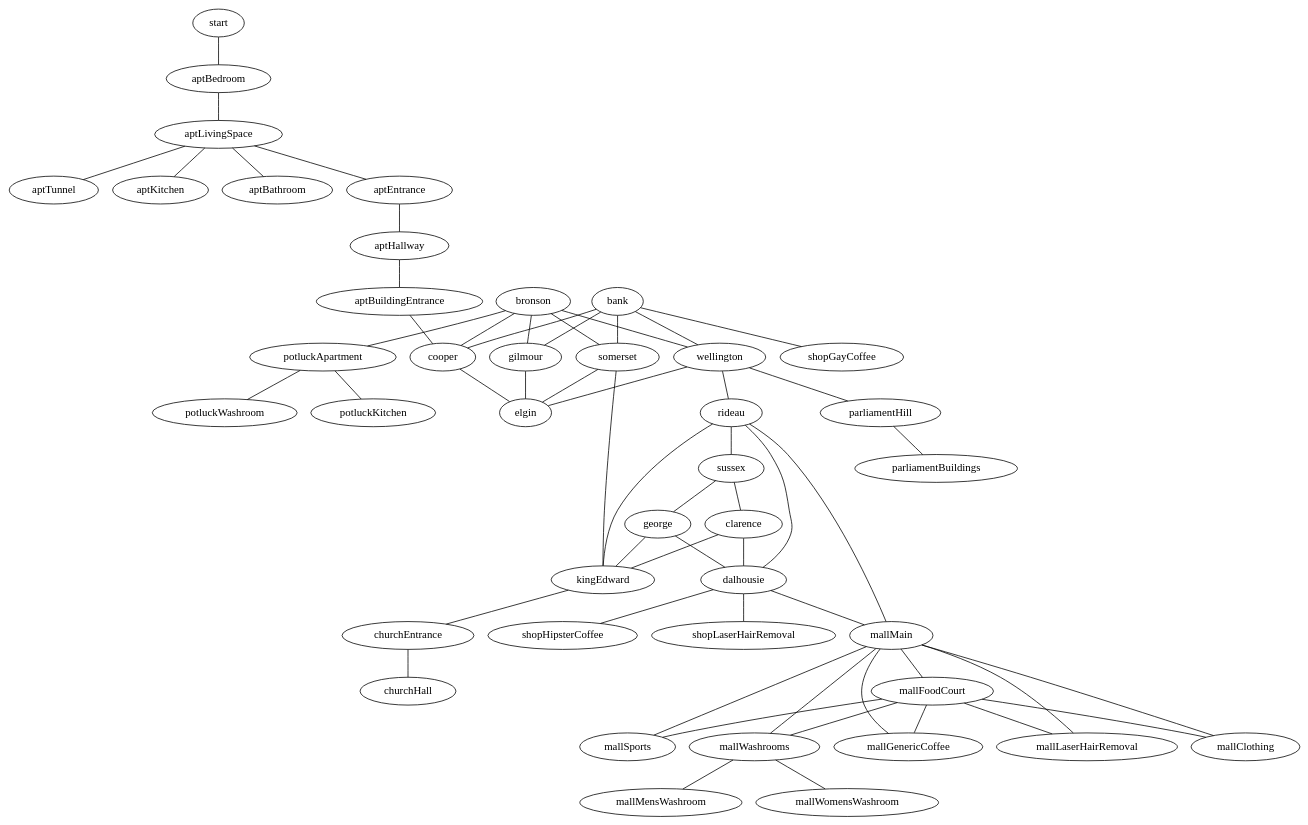
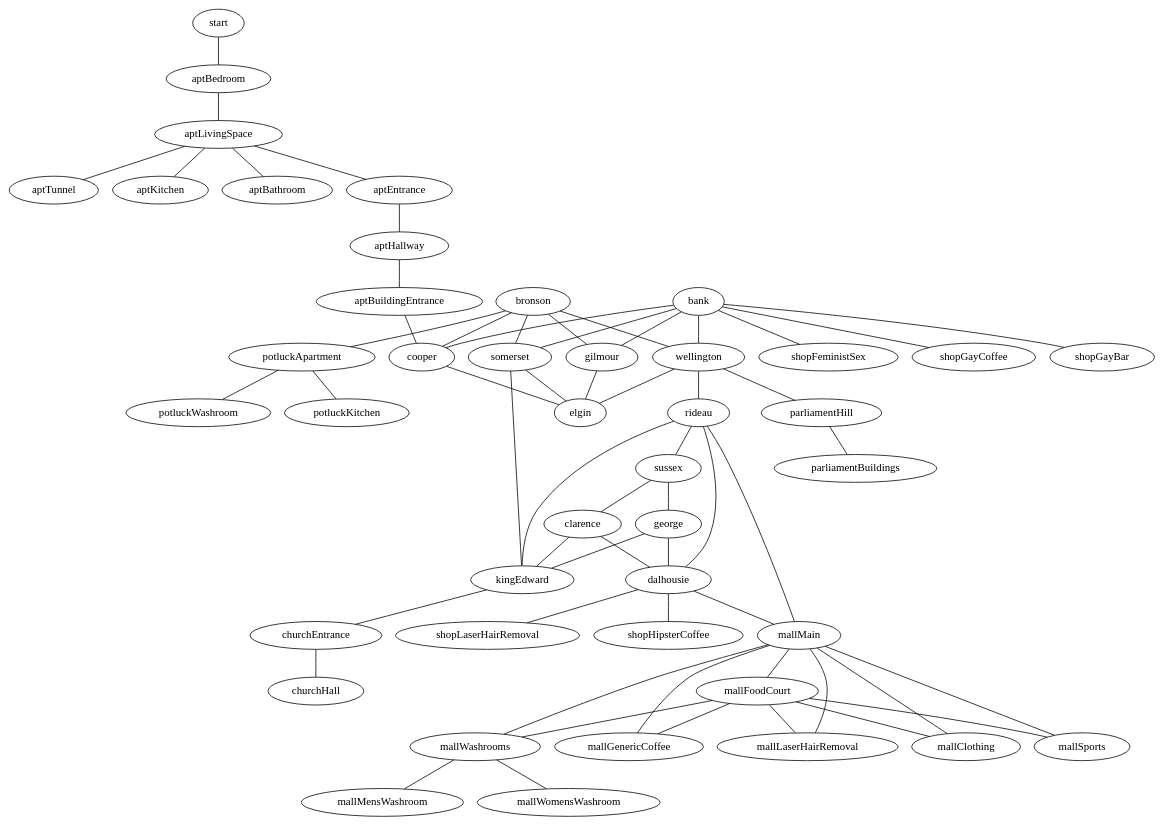
The diagram in examples/ottawa/entities/world/values.dot (maelys-mcardle/adventure), drawn with Graphviz before and after one commit. The commit also changed 5 other files, not shown here.

Commit message:
Added gay bar.

```diff
--- a/examples/ottawa/entities/world/values.dot
+++ b/examples/ottawa/entities/world/values.dot
@@ -1,78 +1,80 @@
 graph location {
 
   start -- aptBedroom
 
   subgraph streets {
     bank -- wellington -- elgin
     bank -- cooper -- elgin
     bank -- somerset -- elgin
     bank -- gilmour -- elgin
 
     bronson -- wellington
     bronson -- cooper
     bronson -- somerset
     bronson -- gilmour   
 
     wellington -- rideau
 
     rideau -- sussex
     rideau -- dalhousie
     rideau -- kingEdward
 
     sussex -- george -- dalhousie
     sussex -- clarence -- dalhousie
     somerset -- kingEdward
     george -- kingEdward
     clarence -- kingEdward
   }
 
   subgraph apartment {
     aptBedroom -- aptLivingSpace -- aptTunnel
     aptLivingSpace -- aptKitchen
     aptLivingSpace -- aptBathroom
     aptLivingSpace -- aptEntrance -- aptHallway 
     aptHallway -- aptBuildingEntrance -- cooper
   }
 
   subgraph shops {
     bank -- shopGayCoffee
+    bank -- shopGayBar
+    bank -- shopFeministSex
     dalhousie -- shopLaserHairRemoval
     dalhousie -- shopHipsterCoffee
   }
 
   subgraph mall {
     rideau -- mallMain 
     dalhousie -- mallMain
 
     mallMain -- mallFoodCourt
     mallMain -- mallGenericCoffee
     mallMain -- mallLaserHairRemoval
     mallMain -- mallClothing
     mallMain -- mallSports
     mallMain -- mallWashrooms
     mallFoodCourt -- mallGenericCoffee
     mallFoodCourt -- mallClothing
     mallFoodCourt -- mallSports
     mallFoodCourt -- mallLaserHairRemoval
     mallFoodCourt -- mallWashrooms
 
     mallWashrooms -- mallMensWashroom
     mallWashrooms -- mallWomensWashroom
   }
 
   subgraph potluck {
     bronson -- potluckApartment
     potluckApartment -- potluckWashroom
     potluckApartment -- potluckKitchen
   }
 
   subgraph parliament {
     wellington -- parliamentHill
     parliamentHill -- parliamentBuildings
   }
 
   subgraph church {
     kingEdward -- churchEntrance
     churchEntrance -- churchHall
   }
 }
```
